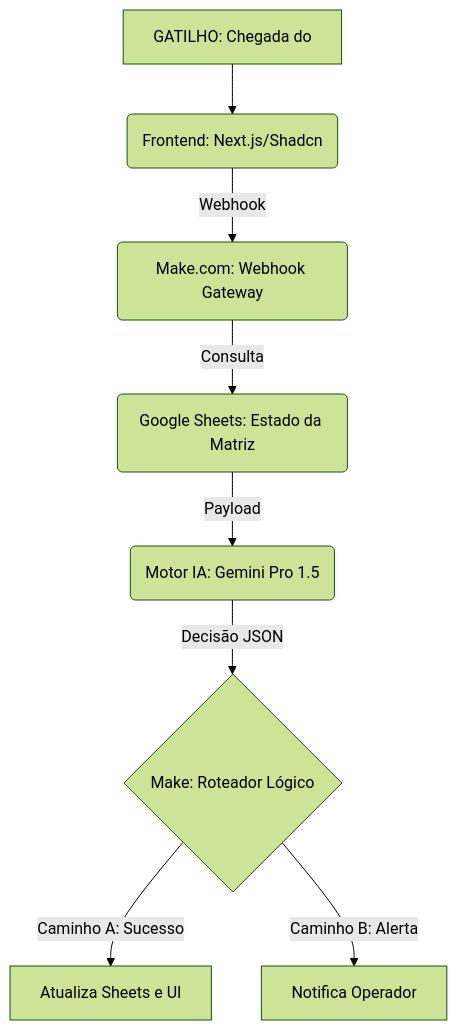
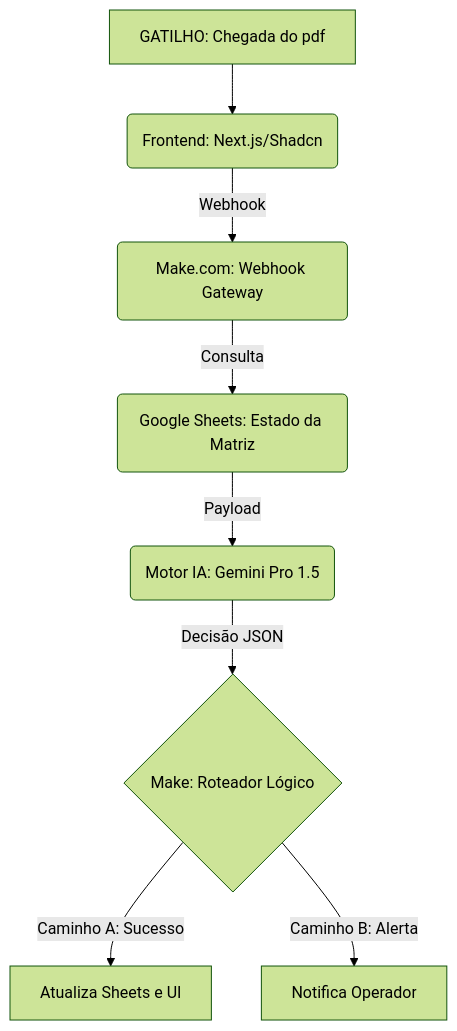
The diagram in README.md (joaosilvateixeira33/shipyard-sync-flow), drawn with Mermaid (forest theme) before and after one commit. The commit also changed other lines of this file, not shown here.

````diff
--- a/README.md
+++ b/README.md
@@ -25,11 +26,11 @@
 ```mermaid
 graph TD
-    A[GATILHO: Chegada do ] --> B(Frontend: Next.js/Shadcn)
+    A[GATILHO: Chegada do pdf] --> B(Frontend: Next.js/Shadcn)
     B -->|Webhook| C(Make.com: Webhook Gateway)
     C -->|Consulta| D(Google Sheets: Estado da Matriz)
     D -->|Payload| E(Motor IA: Gemini Pro 1.5)
     E -->|Decisão JSON| F{Make: Roteador Lógico}
     F -->|Caminho A: Sucesso| G[Atualiza Sheets e UI]
     F -->|Caminho B: Alerta| H[Notifica Operador]
 
 ```
````
